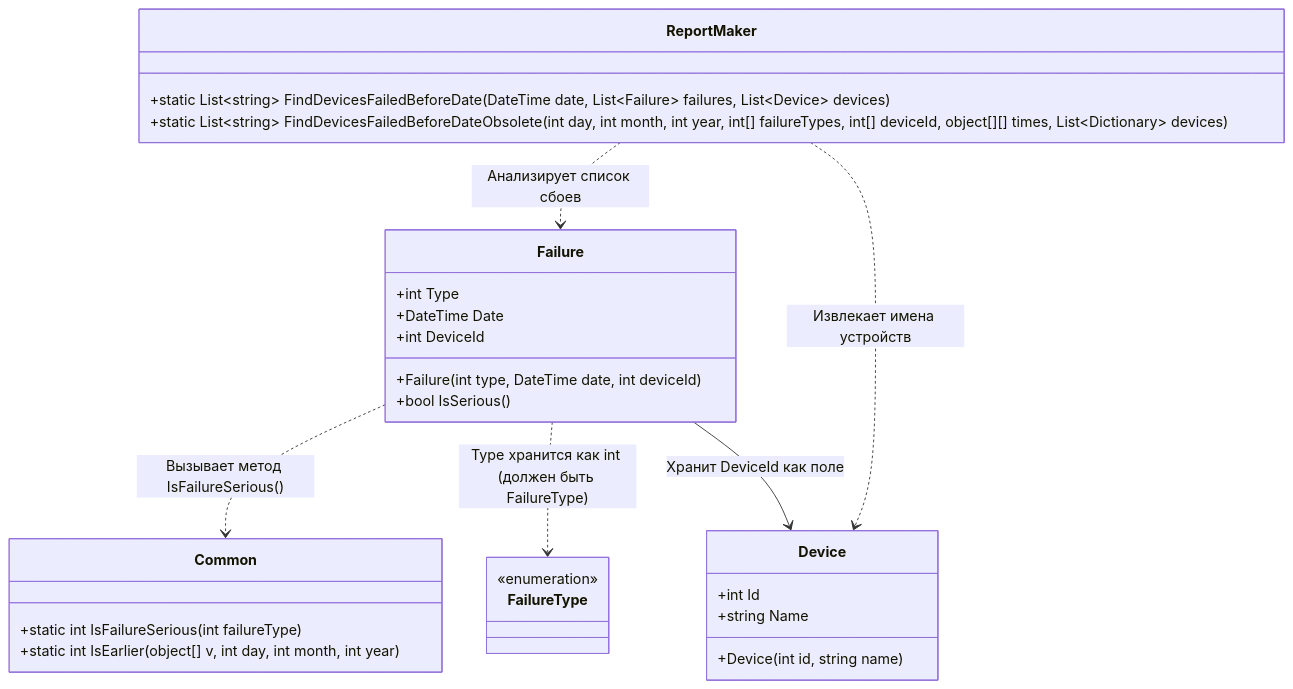
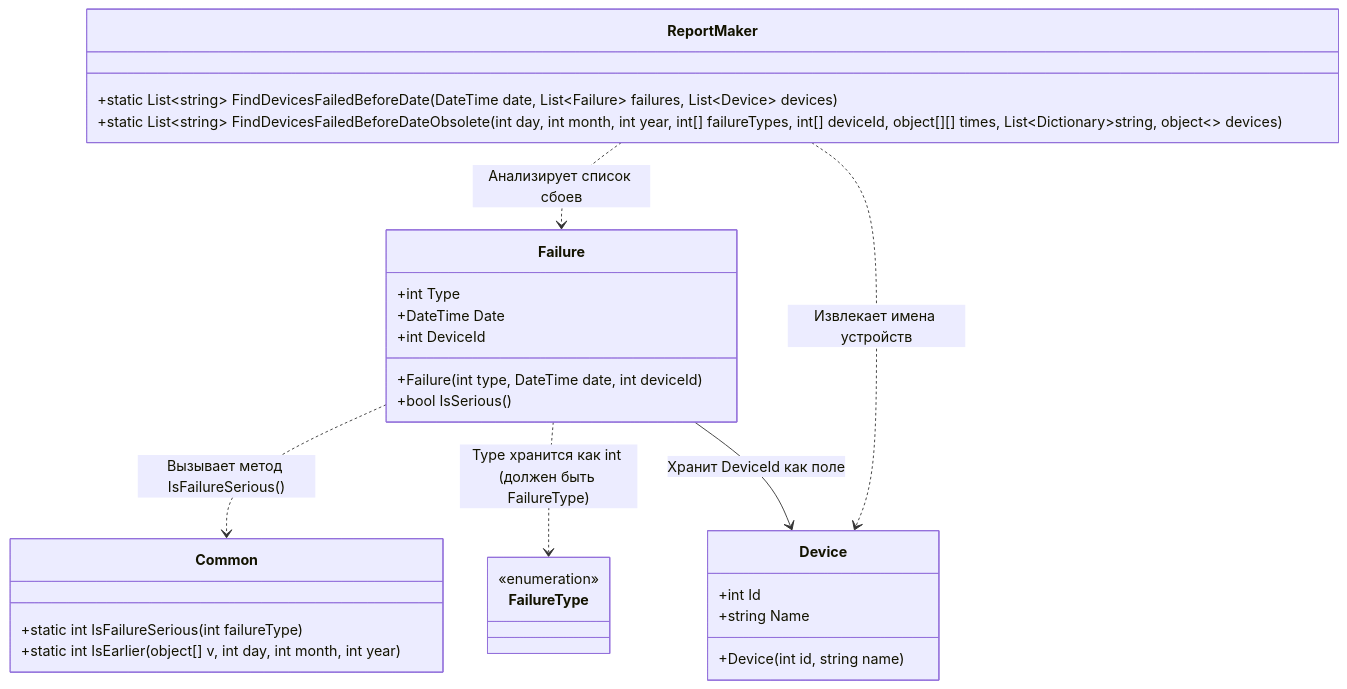
One commit to ram0k009/Practice changed the diagram in sboi.md. Above: the diagram before and after it, drawn with Mermaid.

````diff
--- a/sboi.md
+++ b/sboi.md
@@ -1,38 +1,38 @@
 ```mermaid
 classDiagram
 direction TB
     class Device {
 	    +int Id
 	    +string Name
 	    +Device(int id, string name)
     }
 
     class Failure {
 	    +int Type
 	    +DateTime Date
 	    +int DeviceId
 	    +Failure(int type, DateTime date, int deviceId)
 	    +bool IsSerious()
     }
 
     class Common {
 	    +static int IsFailureSerious(int failureType)
 	    +static int IsEarlier(object[] v, int day, int month, int year)
     }
 
     class ReportMaker {
 	    +static List~string~ FindDevicesFailedBeforeDate(DateTime date, List~Failure~ failures, List~Device~ devices)
-	    +static List~string~ FindDevicesFailedBeforeDateObsolete(int day, int month, int year, int[] failureTypes, int[] deviceId, object[][] times, List~Dictionary~ devices)
+	    +static List~string~ FindDevicesFailedBeforeDateObsolete(int day, int month, int year, int[] failureTypes, int[] deviceId, object[][] times, List~Dictionary~string, object~~ devices)
     }
 
     class FailureType {
     }
 
 	<<enumeration>> FailureType
 
     Failure ..> Common : Вызывает метод IsFailureSerious()
     ReportMaker ..> Failure : Анализирует список сбоев
     ReportMaker ..> Device : Извлекает имена устройств
     Failure ..> FailureType : Type хранится как int (должен быть FailureType)
     Failure --> Device : Хранит DeviceId как поле
 ```
````
